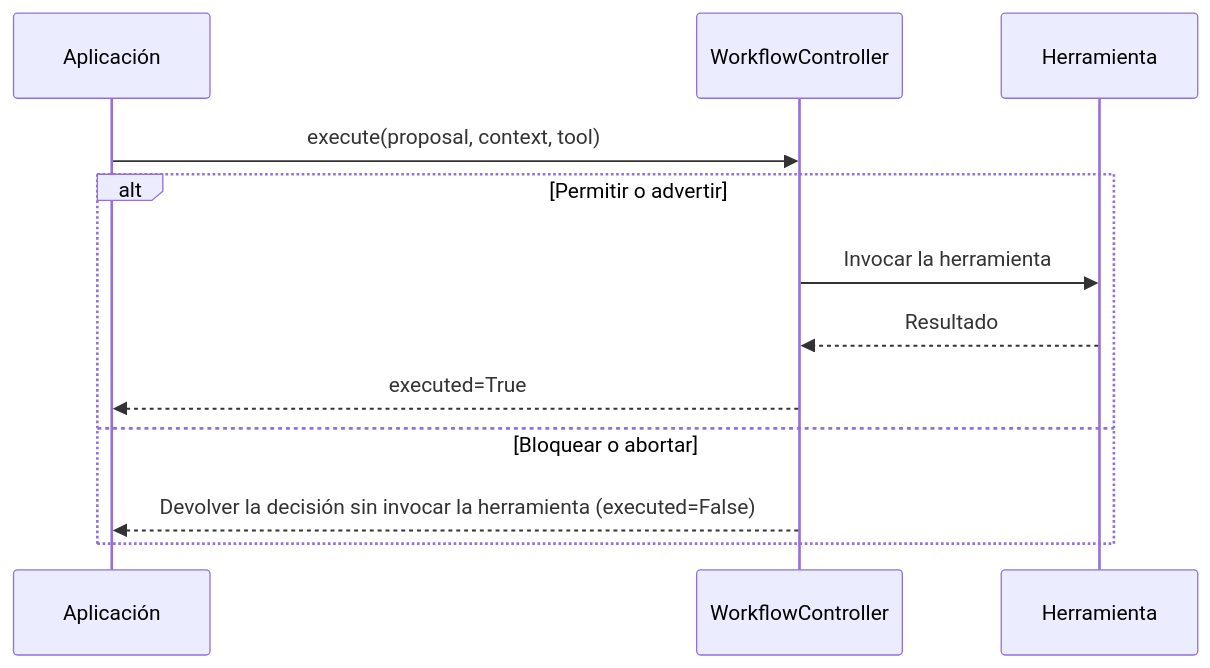
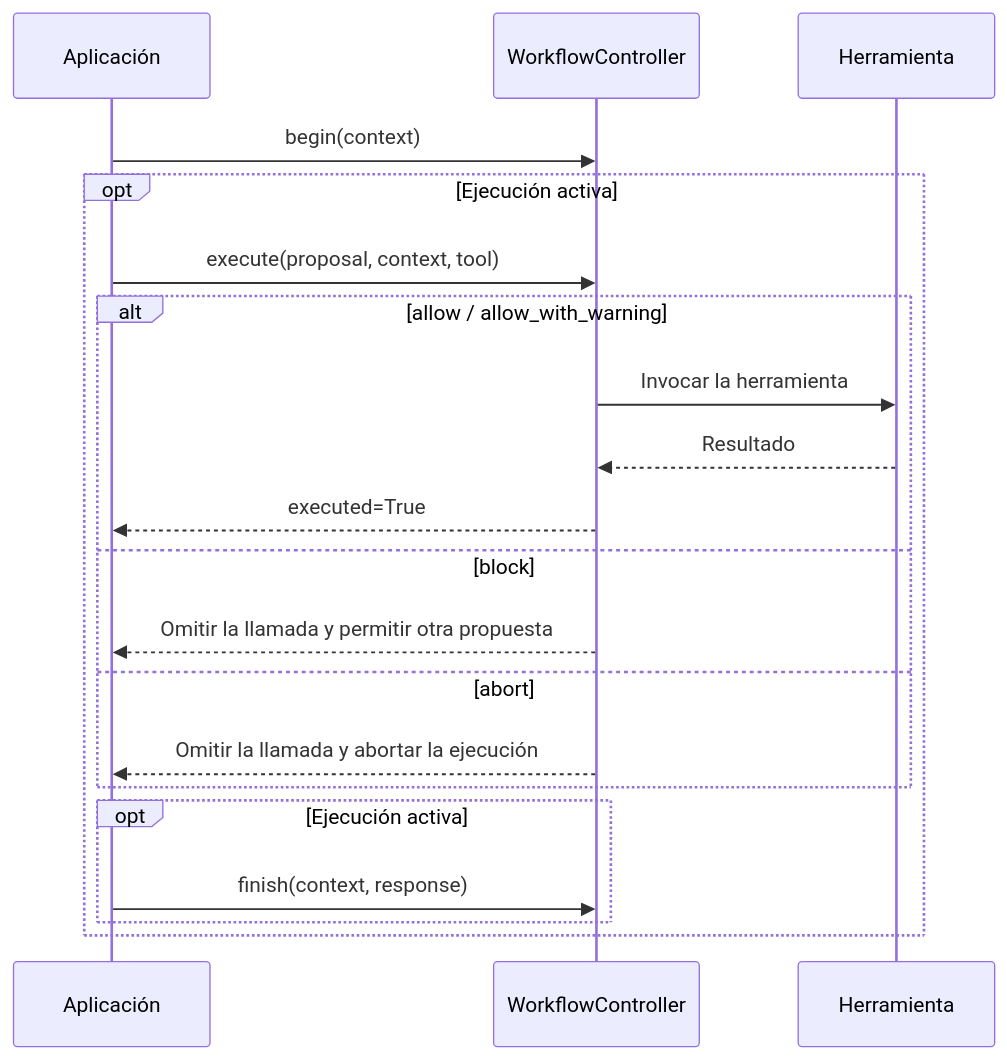
Before and after one commit to CarlosUrteaga/vogtcon: the diagram in README.es.md, drawn with Mermaid. The commit also changed other lines of this file and 1 other file, not shown here.

Commit message:
docs: show the full lifecycle with Mermaid-compatible labels

````diff
--- a/README.es.md
+++ b/README.es.md
@@ -71,14 +73,22 @@
 ```mermaid
 sequenceDiagram
     participant A as Aplicación
     participant C as WorkflowController
     participant T as Herramienta
-    A->>C: execute(proposal, context, tool)
-    alt Permitir o advertir
-        C->>T: Invocar la herramienta
-        T-->>C: Resultado
-        C-->>A: executed=True
-    else Bloquear o abortar
-        C-->>A: Devolver la decisión sin invocar la herramienta (executed=False)
+    A->>C: begin(context)
+    opt Ejecución activa
+        A->>C: execute(proposal, context, tool)
+        alt allow / allow_with_warning
+            C->>T: Invocar la herramienta
+            T-->>C: Resultado
+            C-->>A: executed=True
+        else block
+            C-->>A: Omitir la llamada y permitir otra propuesta
+        else abort
+            C-->>A: Omitir la llamada y abortar la ejecución
+        end
+        opt Ejecución activa
+            A->>C: finish(context, response)
+        end
     end
 ```
````
